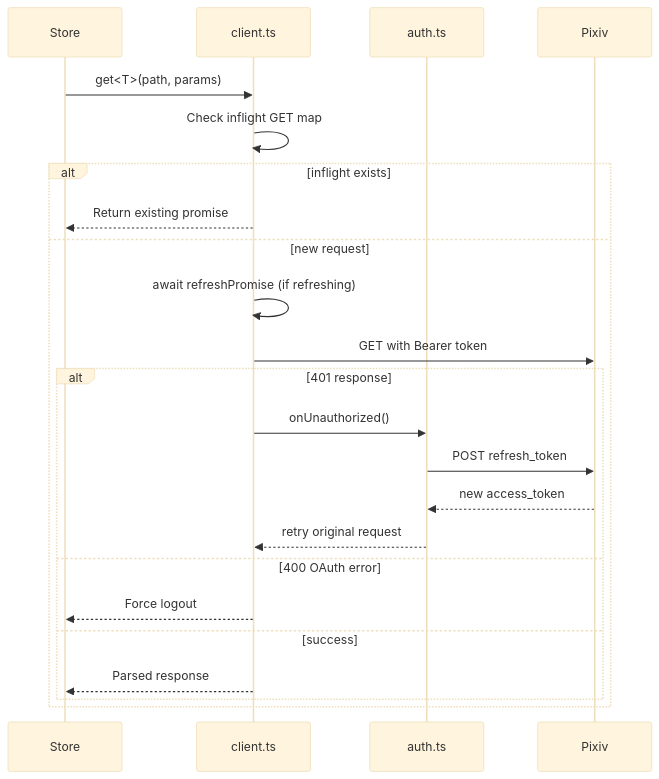
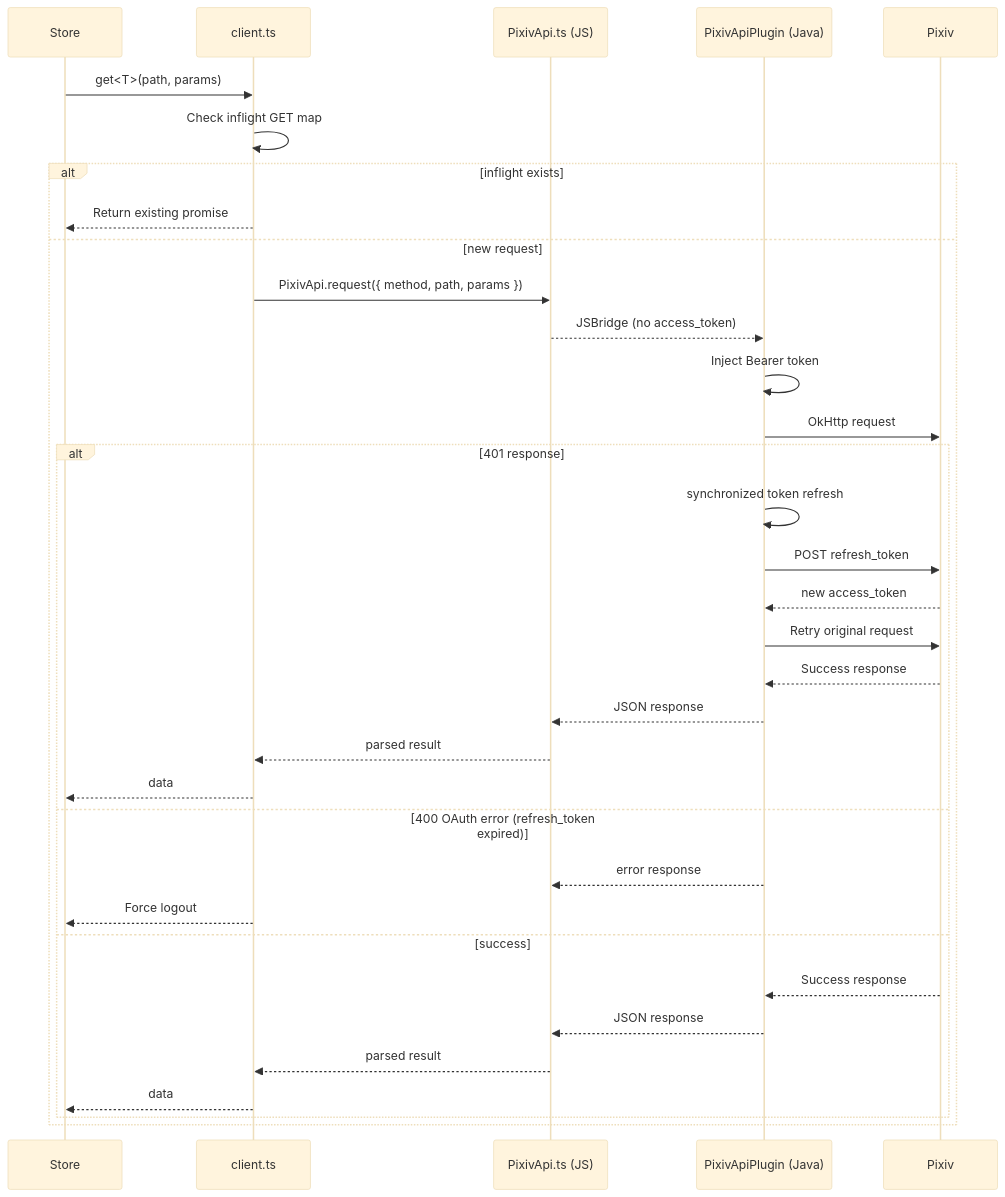
One commit to a1121611810/Pictelio changed the diagram in openwiki/architecture/api-layer.md. Above: the diagram before and after it, drawn with Mermaid (base theme). The commit also changed other lines of this file and 45 other files, not shown here.

````diff
--- a/openwiki/architecture/api-layer.md
+++ b/openwiki/architecture/api-layer.md
@@ -63,26 +81,37 @@
 ```mermaid
 sequenceDiagram
     participant Store
     participant Client as client.ts
-    participant Auth as auth.ts
+    participant JS as PixivApi.ts (JS)
+    participant Java as PixivApiPlugin (Java)
     participant Pixiv
 
     Store->>Client: get<T>(path, params)
     Client->>Client: Check inflight GET map
     alt inflight exists
         Client-->>Store: Return existing promise
     else new request
-        Client->>Client: await refreshPromise (if refreshing)
-        Client->>Pixiv: GET with Bearer token
+        Client->>JS: PixivApi.request({ method, path, params })
+        JS-->>Java: JSBridge (no access_token)
+        Java->>Java: Inject Bearer token
+        Java->>Pixiv: OkHttp request
         alt 401 response
-            Client->>Auth: onUnauthorized()
-            Auth->>Pixiv: POST refresh_token
-            Pixiv-->>Auth: new access_token
-            Auth-->>Client: retry original request
-        else 400 OAuth error
+            Java->>Java: synchronized token refresh
+            Java->>Pixiv: POST refresh_token
+            Pixiv-->>Java: new access_token
+            Java->>Pixiv: Retry original request
+            Pixiv-->>Java: Success response
+            Java-->>JS: JSON response
+            JS-->>Client: parsed result
+            Client-->>Store: data
+        else 400 OAuth error (refresh_token expired)
+            Java-->>JS: error response
             Client-->>Store: Force logout
         else success
-            Client-->>Store: Parsed response
+            Pixiv-->>Java: Success response
+            Java-->>JS: JSON response
+            JS-->>Client: parsed result
+            Client-->>Store: data
         end
     end
 ```
````
